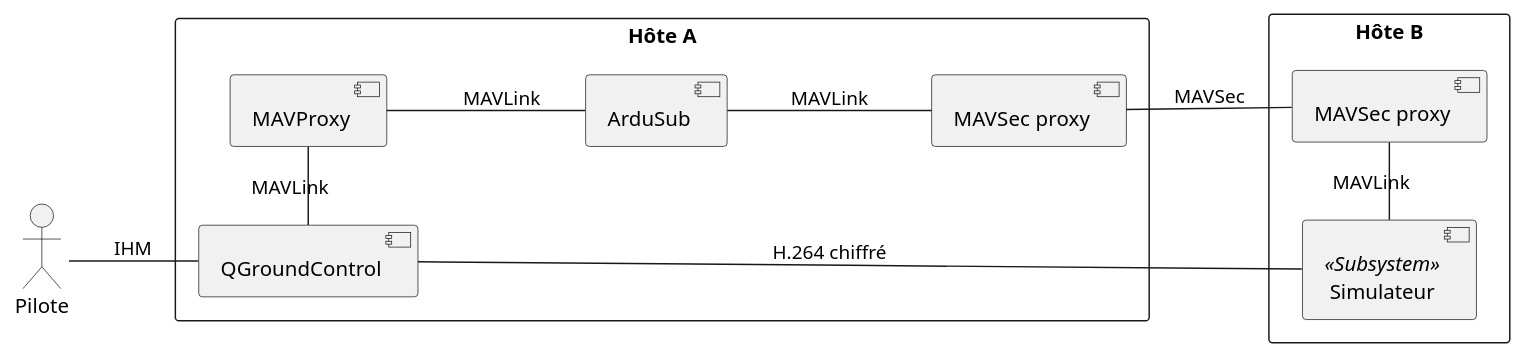
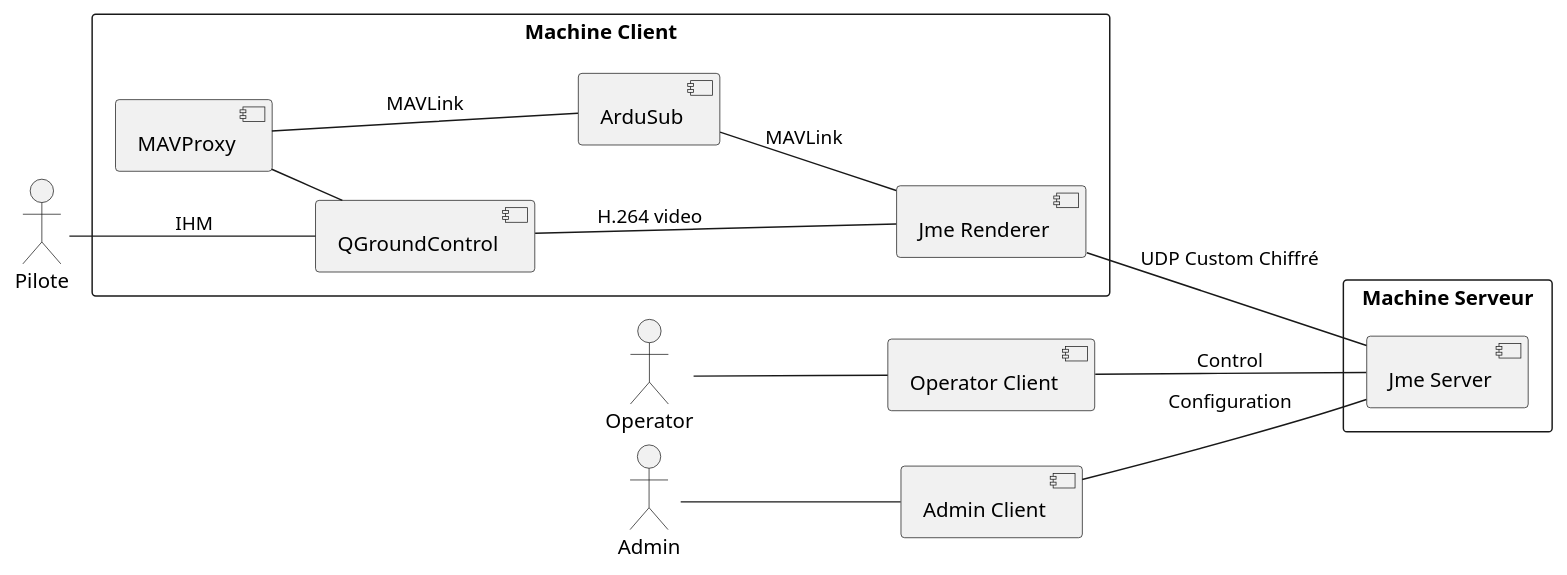
Before and after one commit to tombartos/SAE-DRONE: the diagram in doc/ardupilot_client_components.puml, drawn with PlantUML. The commit also changed 1 other file, not shown here.

Commit message:
update component diagrams

```diff
--- a/doc/ardupilot_client_components.puml
+++ b/doc/ardupilot_client_components.puml
@@ -1,29 +1,36 @@
 @startuml
 
 left to right direction
 
 actor Pilote
+actor Operator
+actor Admin
 
-rectangle "Hôte A" {
+rectangle "Machine Client" {
     component QGroundControl
     component MAVProxy
     component ArduSub
-    component "MAVSec proxy" as SecProxy1
+    component "Jme Renderer" as JmeRenderer
 
     Pilote -- QGroundControl : IHM
     QGroundControl -left- MAVProxy : MAVLink
     MAVProxy -- ArduSub : MAVLink
-    ArduSub -- SecProxy1 : MAVLink
+    ArduSub -- JmeRenderer : MAVLink
+    QGroundControl -down- JmeRenderer : H.264 video
 }
 
-rectangle "Hôte B" {
-    component "MAVSec proxy" as SecProxy2
-    component Simulateur <<Subsystem>>
+component "Operator Client" as OperatorClient
+component "Admin Client" as AdminClient
 
-    SecProxy2 -left- Simulateur : MAVLink
+rectangle "Machine Serveur" {
+    component "Jme Server" as JmeServer
+
+    JmeRenderer -- JmeServer : UDP Custom Chiffré
+    OperatorClient -- JmeServer : Control
+    AdminClient -- JmeServer : Configuration
 }
 
-SecProxy1 -- SecProxy2 : MAVSec
-QGroundControl -- Simulateur : H.264 chiffré
+Operator -- OperatorClient 
+Admin -- AdminClient
 
 @enduml
```
